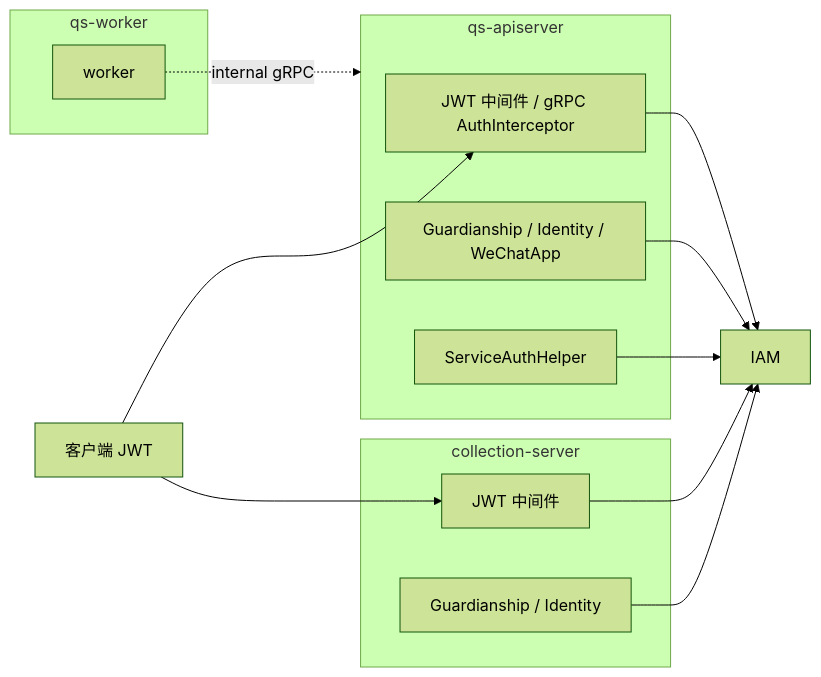
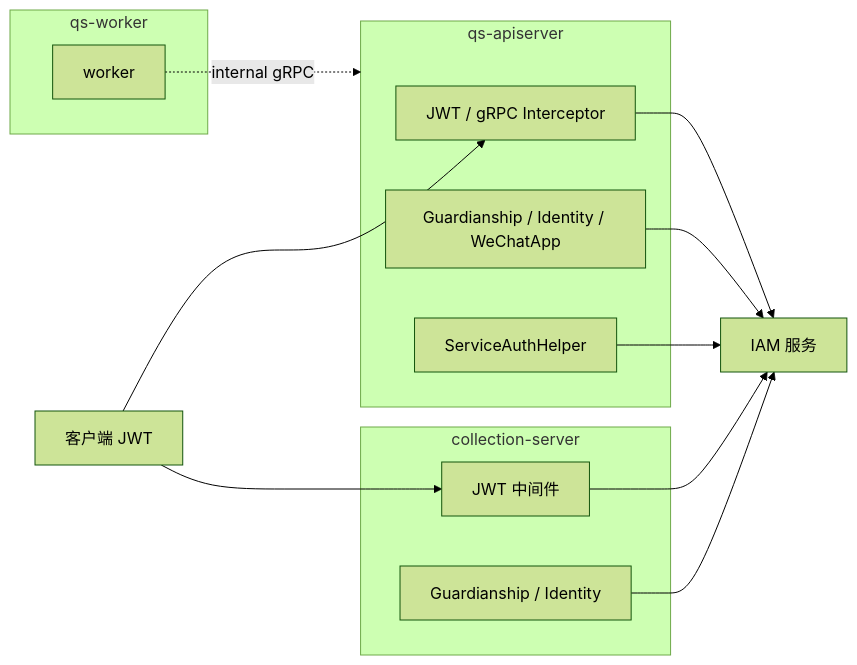
Before and after one commit to FangcunMount/qs-server: the diagram in docs/03-基础设施/04-IAM与认证.md, drawn with Mermaid (forest theme). The commit also changed other lines of this file and 34 other files, not shown here.

````diff
--- a/docs/03-基础设施/04-IAM与认证.md
+++ b/docs/03-基础设施/04-IAM与认证.md
@@ -31,29 +29,29 @@
 ```mermaid
 flowchart LR
     Client[客户端 JWT]
-    IAM[IAM]
+    IAM[IAM 服务]
 
     subgraph Collection[collection-server]
-        CJWT[JWT 中间件]
+        CJ[JWT 中间件]
         CG[Guardianship / Identity]
     end
 
     subgraph API[qs-apiserver]
-        AJWT[JWT 中间件 / gRPC AuthInterceptor]
+        AJ[JWT / gRPC Interceptor]
         AG[Guardianship / Identity / WeChatApp]
         SA[ServiceAuthHelper]
     end
 
     subgraph Worker[qs-worker]
         W[worker]
     end
 
-    Client --> CJWT
-    Client --> AJWT
-    CJWT --> IAM
-    AJWT --> IAM
+    Client --> CJ
+    Client --> AJ
+    CJ --> IAM
+    AJ --> IAM
     CG --> IAM
     AG --> IAM
     SA --> IAM
     W -. internal gRPC .-> API
 ```
````
